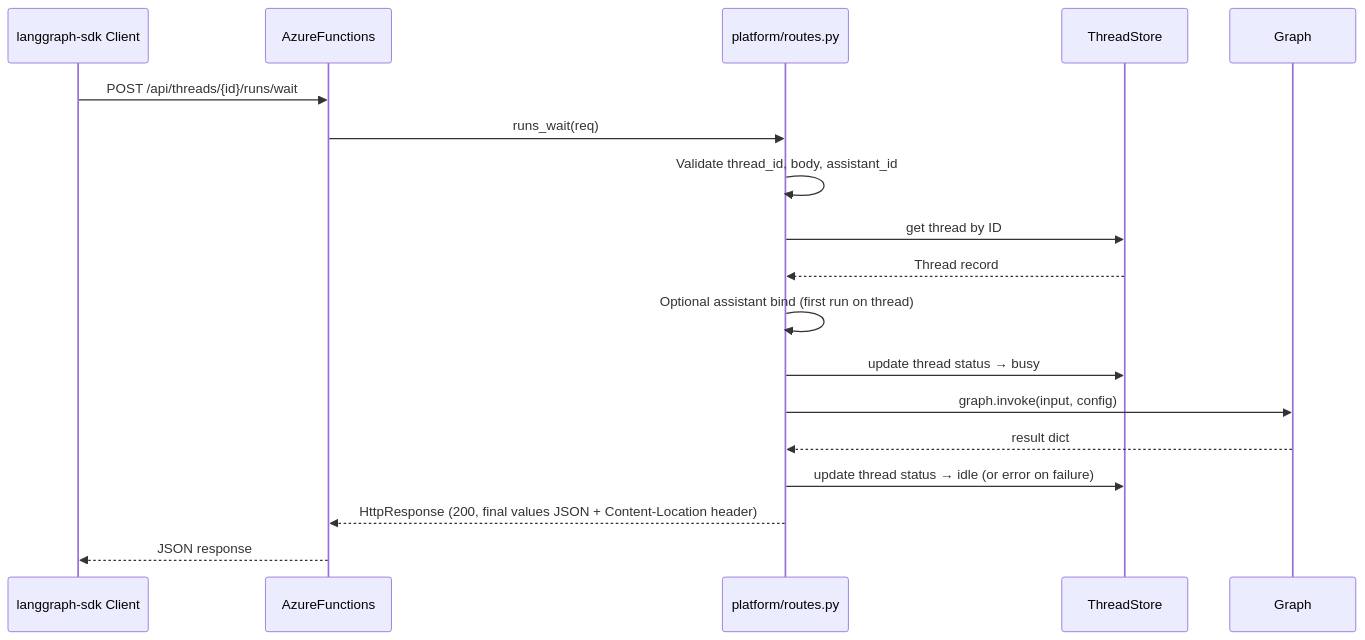
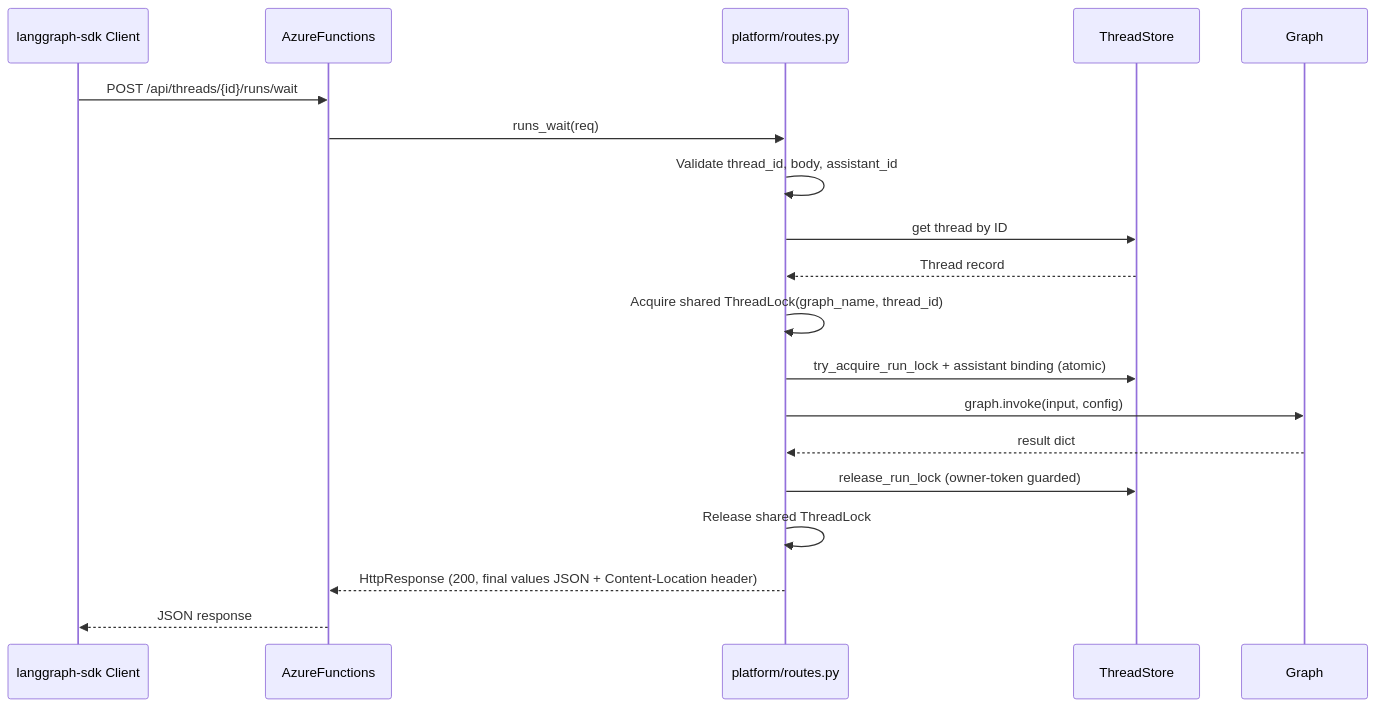
Before and after one commit to yeongseon/azure-functions-langgraph-python: the fourth of 6 diagrams in docs/architecture.md, drawn with Mermaid. The commit also changed other lines of this file and 3 other files, not shown here.

First line of the commit message:
docs(architecture): clarify core adapter and distributed deployment (#734)

````diff
--- a/docs/architecture.md
+++ b/docs/architecture.md
@@ -139,21 +174,22 @@
 ```mermaid
 sequenceDiagram
     participant SDK as langgraph-sdk Client
     participant AzureFunctions
     participant Routes as platform/routes.py
     participant Store as ThreadStore
     participant Graph
 
     SDK->>AzureFunctions: POST /api/threads/{id}/runs/wait
     AzureFunctions->>Routes: runs_wait(req)
     Routes->>Routes: Validate thread_id, body, assistant_id
     Routes->>Store: get thread by ID
     Store-->>Routes: Thread record
-    Routes->>Routes: Optional assistant bind (first run on thread)
-    Routes->>Store: update thread status → busy
+    Routes->>Routes: Acquire shared ThreadLock(graph_name, thread_id)
+    Routes->>Store: try_acquire_run_lock + assistant binding (atomic)
     Routes->>Graph: graph.invoke(input, config)
     Graph-->>Routes: result dict
-    Routes->>Store: update thread status → idle (or error on failure)
+    Routes->>Store: release_run_lock (owner-token guarded)
+    Routes->>Routes: Release shared ThreadLock
     Routes-->>AzureFunctions: HttpResponse (200, final values JSON + Content-Location header)
     AzureFunctions-->>SDK: JSON response
 ```
````
